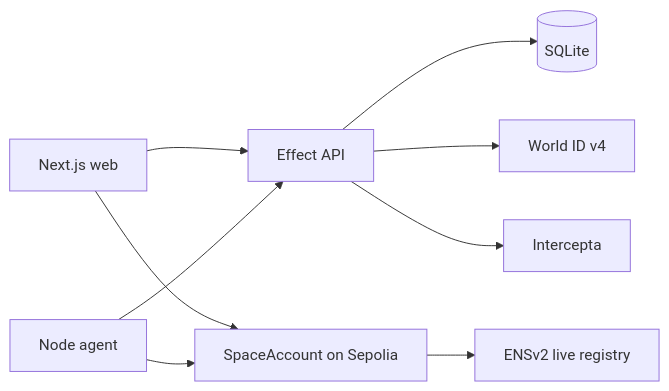
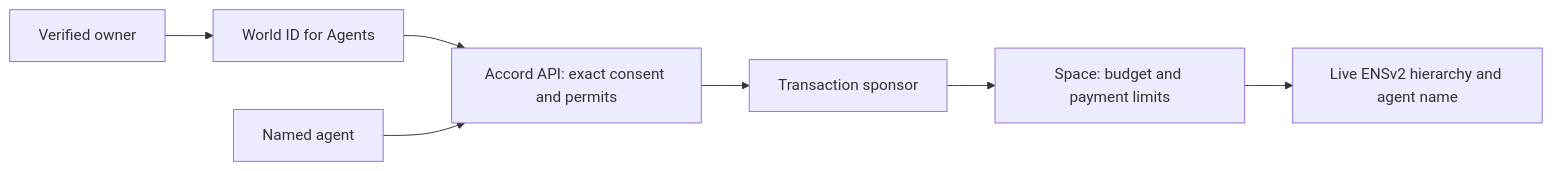
The diagram in README.md (hrsh22/ethtokyo26), drawn with Mermaid before and after one commit. The commit also changed other lines of this file and 68 other files, not shown here.

Commit message:
Integrate World-approved agent budgets with revocable ENSv2 identities

````diff
--- a/README.md
+++ b/README.md
@@ -13,11 +14,9 @@
 ```mermaid
 flowchart LR
-  Web[Next.js web] --> API[Effect API]
-  Agent[Node agent] --> API
-  API --> DB[(SQLite)]
-  API --> World[World ID v4]
-  API --> Risk[Intercepta]
-  Web --> Space[SpaceAccount on Sepolia]
-  Agent --> Space
-  Space --> ENS[ENSv2 live registry]
+  Owner[Verified owner] --> World[World ID for Agents]
+  World --> API[Accord API: exact consent and permits]
+  Agent[Named agent] --> API
+  API --> Sponsor[Transaction sponsor]
+  Sponsor --> Space[Space: budget and payment limits]
+  Space --> ENS[Live ENSv2 hierarchy and agent name]
 ```
````
